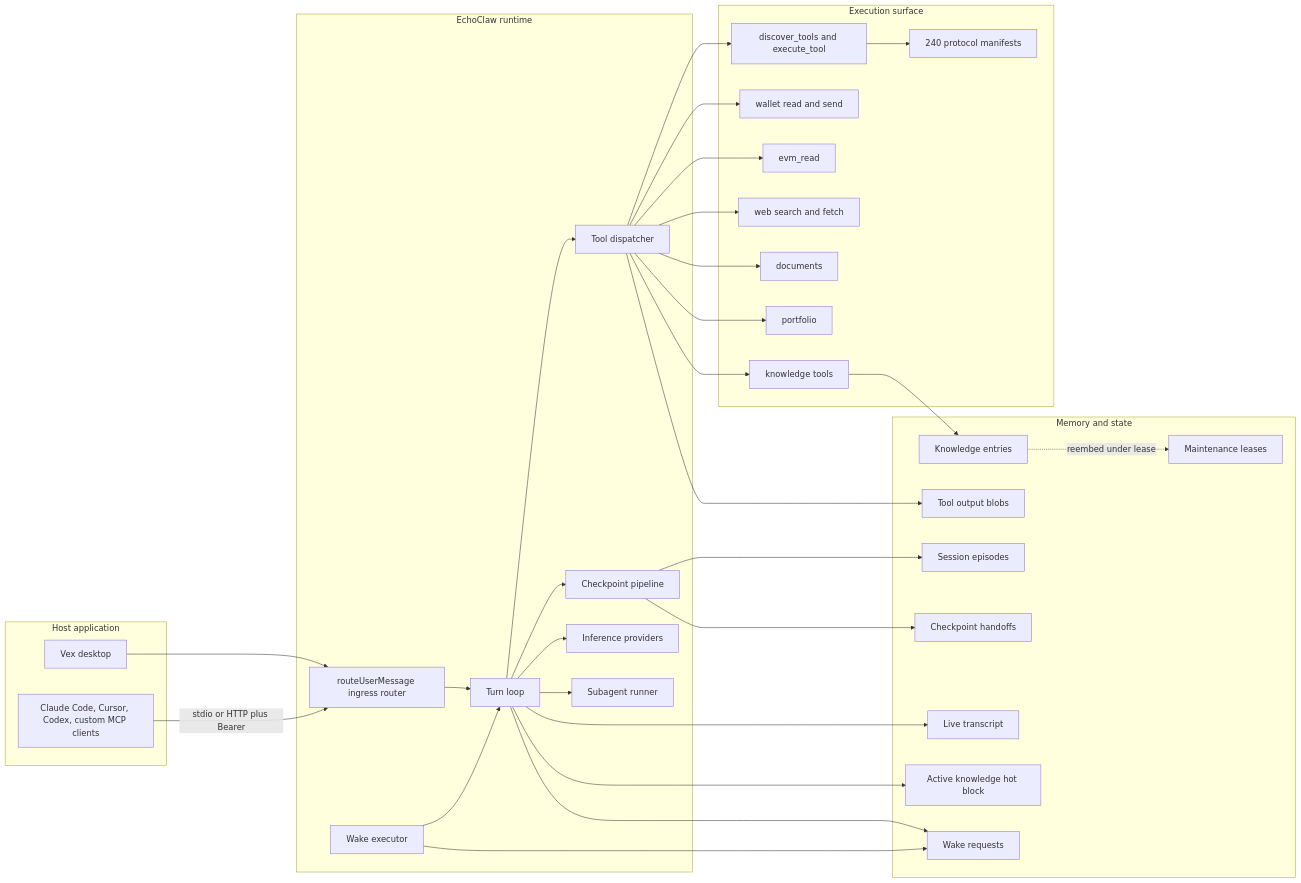
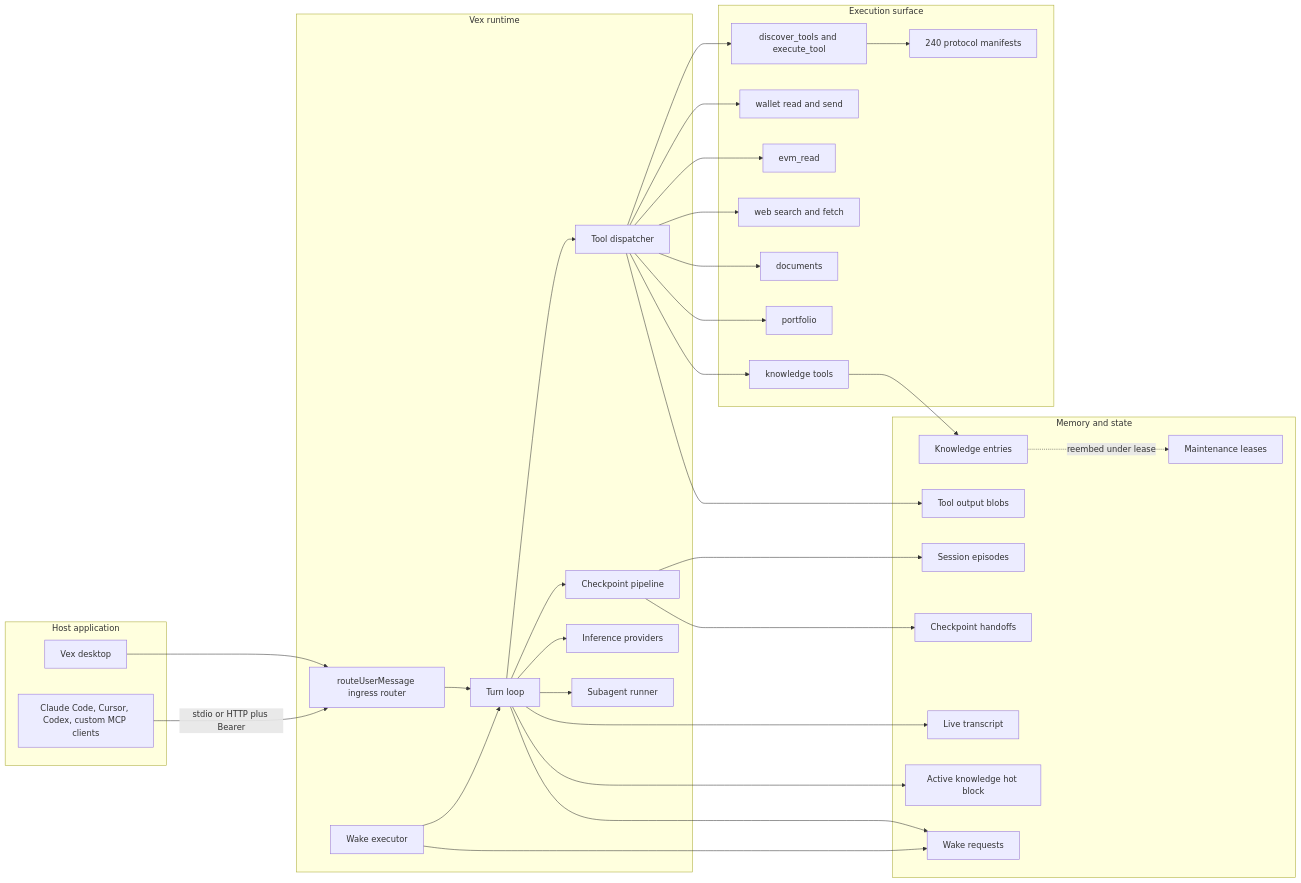
The first of 9 diagrams in README.md (Nishant-Adhikari/Vex), drawn with Mermaid before and after one commit. The commit also changed other lines of this file and 941 other files, not shown here.

````diff
--- a/README.md
+++ b/README.md
@@ -92,64 +96,64 @@
 ```mermaid
 flowchart LR
   subgraph Host["Host application"]
     GUI[Vex desktop]
     MCP_CLIENT[Claude Code, Cursor, Codex, custom MCP clients]
   end
 
-  subgraph EchoClaw["EchoClaw runtime"]
+  subgraph Vex["Vex runtime"]
     INGRESS[routeUserMessage ingress router]
     TURNLOOP[Turn loop]
     CHECKPOINT[Checkpoint pipeline]
     WAKE[Wake executor]
     SUBAG[Subagent runner]
     TOOLS[Tool dispatcher]
     INFER[Inference providers]
   end
 
   subgraph Memory["Memory and state"]
     LIVE[Live transcript]
     HOT[Active knowledge hot block]
     EPISODES[Session episodes]
     KNOWLEDGE[Knowledge entries]
     BLOBS[Tool output blobs]
     HANDOFF[Checkpoint handoffs]
     WAKEQ[Wake requests]
     LEASE[Maintenance leases]
   end
 
   subgraph Surface["Execution surface"]
     META[discover_tools and execute_tool]
     MANIFESTS[240 protocol manifests]
     WALLET[wallet read and send]
     EVM[evm_read]
     WEB[web search and fetch]
     DOCS[documents]
     PORT[portfolio]
     KNOW[knowledge tools]
   end
 
   GUI --> INGRESS
   MCP_CLIENT -->|stdio or HTTP plus Bearer| INGRESS
   INGRESS --> TURNLOOP
   TURNLOOP --> TOOLS
   TURNLOOP --> CHECKPOINT
   TURNLOOP --> INFER
   TURNLOOP --> SUBAG
   WAKE --> TURNLOOP
   TOOLS --> META --> MANIFESTS
   TOOLS --> WALLET
   TOOLS --> EVM
   TOOLS --> WEB
   TOOLS --> DOCS
   TOOLS --> PORT
   TOOLS --> KNOW
   TURNLOOP --> LIVE
   TURNLOOP --> HOT
   CHECKPOINT --> EPISODES
   KNOW --> KNOWLEDGE
   TOOLS --> BLOBS
   CHECKPOINT --> HANDOFF
   TURNLOOP --> WAKEQ
   WAKE --> WAKEQ
   KNOWLEDGE -.reembed under lease.-> LEASE
 ```
````
